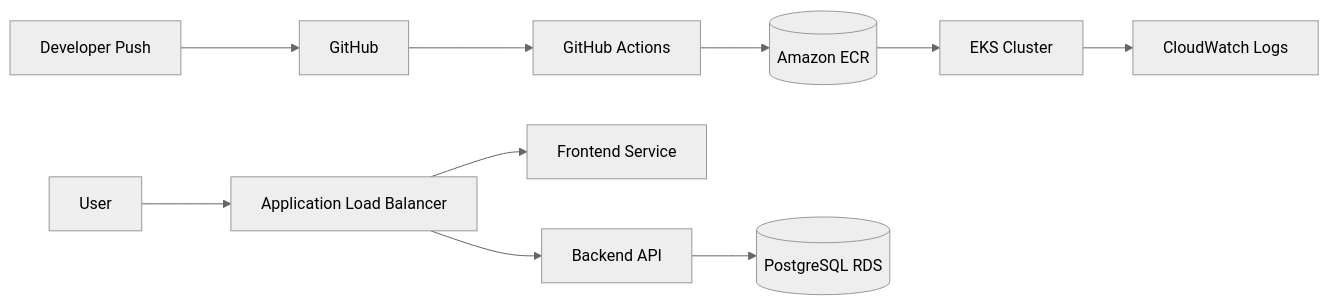
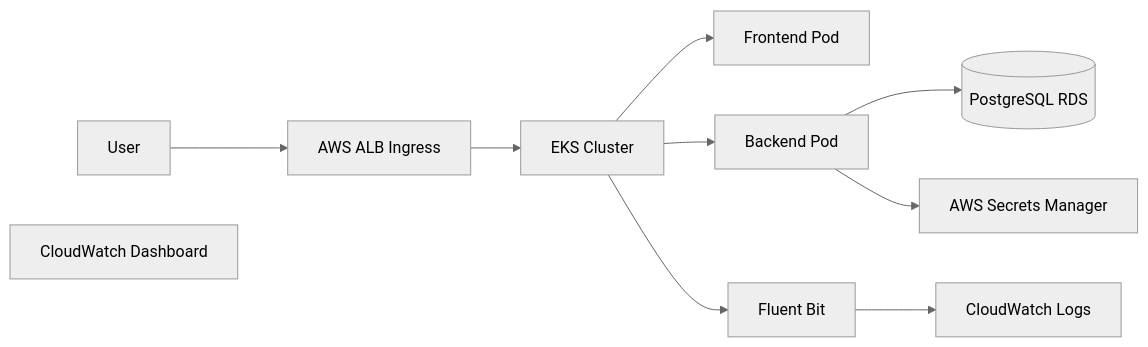
Before and after one commit to amarjotsinghh/alpha-devops-assignment: the diagram in README.md, drawn with Mermaid (neutral theme). The commit also changed other lines of this file, not shown here.

````diff
--- a/README.md
+++ b/README.md
@@ -3,18 +27,16 @@
 ```mermaid
 flowchart LR
+    User --> ALB[AWS ALB Ingress]
+    ALB --> EKS[EKS Cluster]
 
-Dev[Developer Push] --> GitHub
-GitHub --> CI[GitHub Actions]
+    EKS --> Frontend[Frontend Pod]
+    EKS --> Backend[Backend Pod]
 
-CI --> ECR[(Amazon ECR)]
-ECR --> EKS[EKS Cluster]
+    Backend --> RDS[(PostgreSQL RDS)]
+    Backend --> Secrets[AWS Secrets Manager]
 
-User --> ALB[Application Load Balancer]
+    EKS --> FluentBit[Fluent Bit]
+    FluentBit --> CloudWatchLogs[CloudWatch Logs]
 
-ALB --> Frontend[Frontend Service]
-ALB --> Backend[Backend API]
-
-Backend --> RDS[(PostgreSQL RDS)]
-
-EKS --> CloudWatch[CloudWatch Logs]
+    CloudWatchDashboard[CloudWatch Dashboard]
 ```
````
